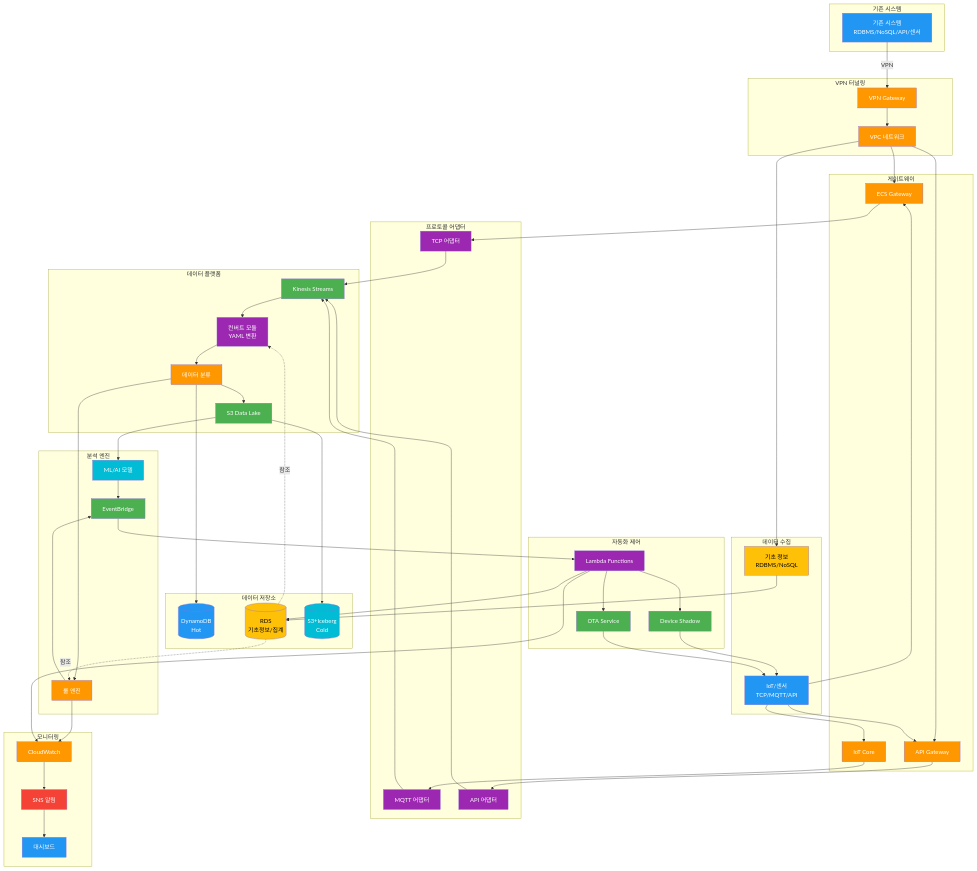
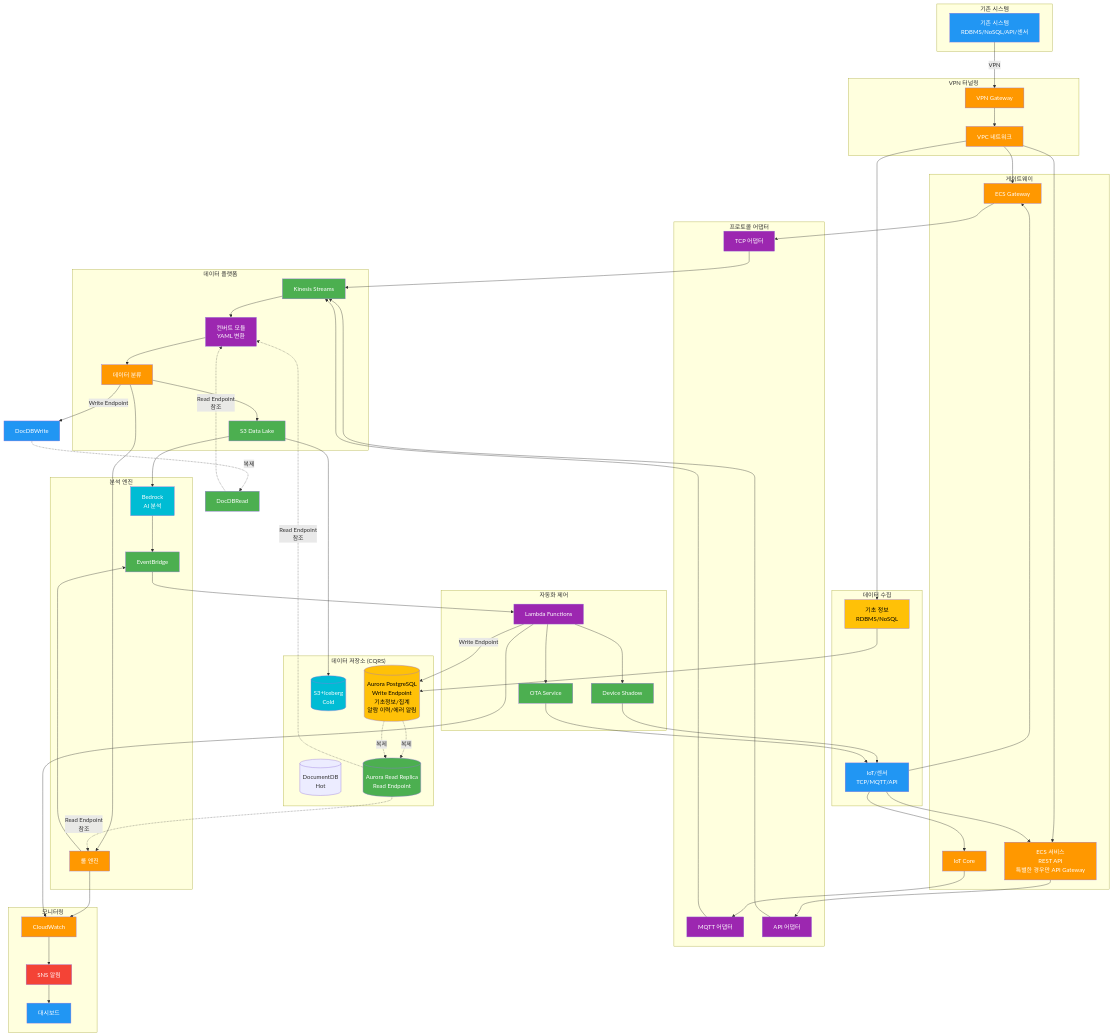
One commit to jeonsanghoon/mzc_2026 changed diagram 11 of 13 in 10.planning/public/00.doc/PROCESS_FLOW.md. Above: the diagram before and after it, drawn with Mermaid. The commit also changed other lines of this file and 10 other files, not shown here.

````diff
--- a/10.planning/public/00.doc/PROCESS_FLOW.md
+++ b/10.planning/public/00.doc/PROCESS_FLOW.md
@@ -1157,7 +1783,7 @@
     
     subgraph 게이트웨이["게이트웨이"]
         TCPGW[ECS Gateway]
-        APIGW[API Gateway]
+        ECSService[ECS 서비스<br/>REST API<br/>특별한 경우만 API Gateway]
         MQTTGW[IoT Core]
     end
     
@@ -1176,7 +1802,7 @@
     
     subgraph 분석["분석 엔진"]
         Rules[룰 엔진]
-        ML[ML/AI 모델]
+        Bedrock[Bedrock<br/>AI 분석]
         EventBridge[EventBridge]
     end
     
@@ -1192,24 +1818,25 @@
         Dashboard[대시보드]
     end
     
-    subgraph 저장소["데이터 저장소"]
-        DynamoDB[(DynamoDB<br/>Hot)]
-        RDS[(RDS<br/>기초정보/집계)]
+    subgraph 저장소["데이터 저장소 (CQRS)"]
+        DocumentDB[(DocumentDB<br/>Hot)]
+        RDSWrite[(Aurora PostgreSQL<br/>Write Endpoint<br/>기초정보/집계<br/>알람 이력/에러 알림)]
+        RDSRead[(Aurora Read Replica<br/>Read Endpoint)]
         S3Archive[(S3+Iceberg<br/>Cold)]
     end
     
     Legacy -->|VPN| VPNGateway
     VPNGateway --> VPCNetwork
     VPCNetwork --> TCPGW
-    VPCNetwork --> APIGW
+    VPCNetwork --> ECSService
     VPCNetwork --> Master
     
     IoT --> TCPGW
     IoT --> MQTTGW
-    IoT --> APIGW
+    IoT --> ECSService
     
     TCPGW --> TCPAdp
-    APIGW --> APIAdp
+    ECSService --> APIAdp
     MQTTGW --> MQTTAdp
     
     TCPAdp --> Kinesis
@@ -1221,10 +1848,11 @@
     Classify --> S3
     Classify --> Rules
     
-    Master --> RDS
-    S3 --> ML
+    Master --> RDSWrite
+    RDSWrite -.->|복제| RDSRead
+    S3 --> Bedrock
     Rules --> EventBridge
-    ML --> EventBridge
+    Bedrock --> EventBridge
     
     EventBridge --> Lambda
     Lambda --> Shadow
@@ -1235,15 +1863,18 @@
     CloudWatch --> SNS
     SNS --> Dashboard
     
-    Classify --> DynamoDB
+    Classify -->|Write Endpoint| DocDBWrite
+    DocDBWrite -.->|복제| DocDBRead
     S3 --> S3Archive
-    Lambda --> RDS
+    Lambda -->|Write Endpoint| RDSWrite
+    RDSWrite -.->|복제| RDSRead
     
     Shadow --> IoT
     OTA --> IoT
     
-    RDS -.->|참조| Convert
-    RDS -.->|참조| Rules
+    DocDBRead -.->|Read Endpoint<br/>참조| Convert
+    RDSRead -.->|Read Endpoint<br/>참조| Convert
+    RDSRead -.->|Read Endpoint<br/>참조| Rules
     
     style Legacy fill:#2196F3,color:#fff
     style VPNGateway fill:#FF9800,color:#fff
@@ -1251,7 +1882,7 @@
     style IoT fill:#2196F3,color:#fff
     style Master fill:#FFC107,color:#000
     style TCPGW fill:#FF9800,color:#fff
-    style APIGW fill:#FF9800,color:#fff
+    style ECSService fill:#FF9800,color:#fff
     style MQTTGW fill:#FF9800,color:#fff
     style TCPAdp fill:#9C27B0,color:#fff
     style MQTTAdp fill:#9C27B0,color:#fff
@@ -1261,7 +1892,7 @@
     style Classify fill:#FF9800,color:#fff
     style S3 fill:#4CAF50,color:#fff
     style Rules fill:#FF9800,color:#fff
-    style ML fill:#00BCD4,color:#fff
+    style Bedrock fill:#00BCD4,color:#fff
     style EventBridge fill:#4CAF50,color:#fff
     style Shadow fill:#4CAF50,color:#fff
     style OTA fill:#4CAF50,color:#fff
@@ -1269,7 +1900,9 @@
     style CloudWatch fill:#FF9800,color:#fff
     style SNS fill:#F44336,color:#fff
     style Dashboard fill:#2196F3,color:#fff
-    style DynamoDB fill:#2196F3,color:#fff
-    style RDS fill:#FFC107,color:#000
+    style DocDBWrite fill:#2196F3,color:#fff
+    style DocDBRead fill:#4CAF50,color:#fff
+    style RDSWrite fill:#FFC107,color:#000
+    style RDSRead fill:#4CAF50,color:#fff
     style S3Archive fill:#00BCD4,color:#fff
 ```
````
